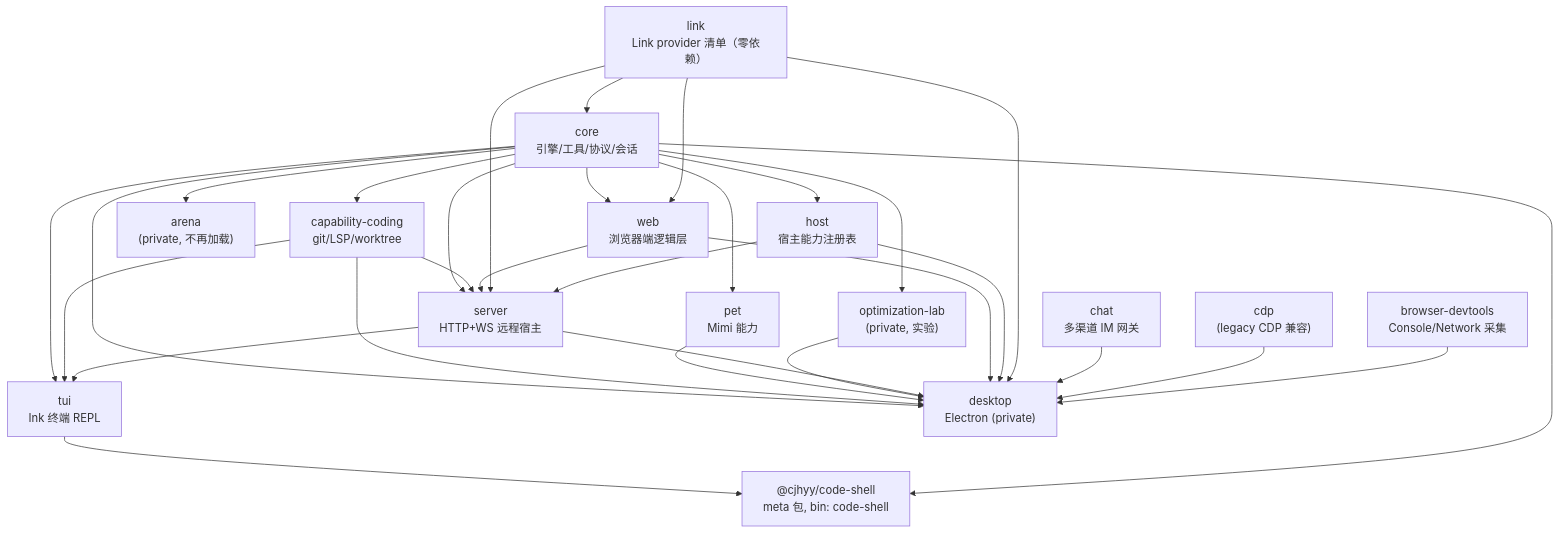
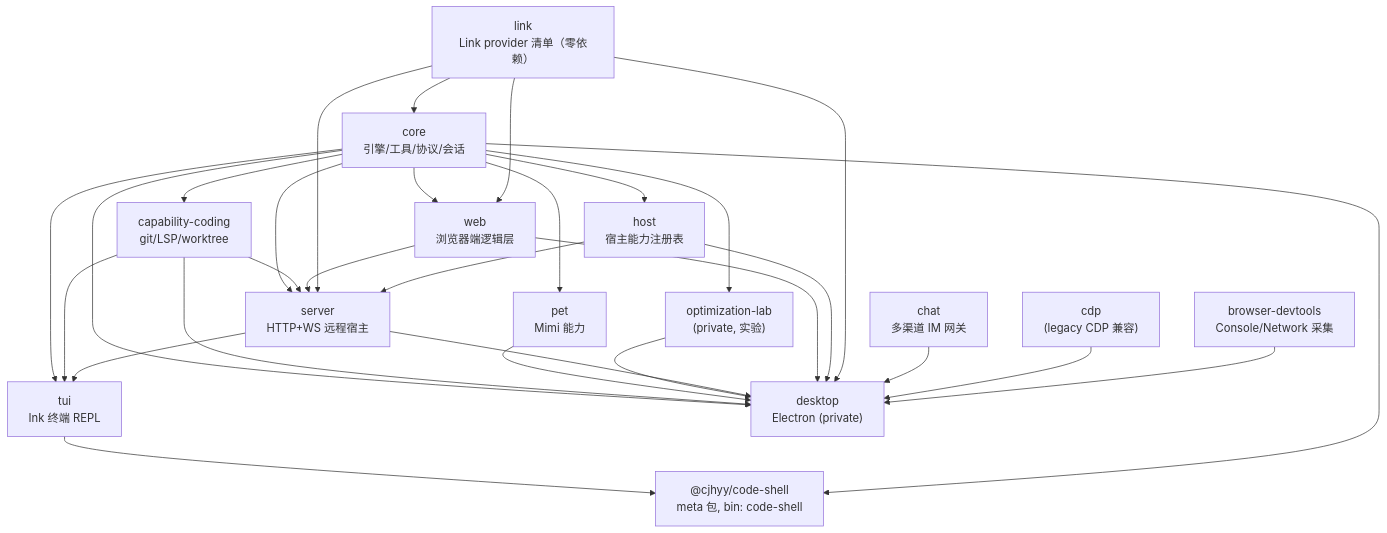
Before and after one commit to cjhyy/codeshell: the first of 2 diagrams in docs/architecture/00-overview.md, drawn with Mermaid. The commit also changed other lines of this file and 86 other files, not shown here.

Commit message:
chore(architecture): remove retired Arena workspace

````diff
--- a/docs/architecture/00-overview.md
+++ b/docs/architecture/00-overview.md
@@ -15,28 +16,27 @@
 ```mermaid
 graph TD
   link["link<br/>Link provider 清单（零依赖）"]
   core["core<br/>引擎/工具/协议/会话"]
   host["host<br/>宿主能力注册表"]
   coding["capability-coding<br/>git/LSP/worktree"]
   pet["pet<br/>Mimi 能力"]
   optlab["optimization-lab<br/>(private, 实验)"]
-  arena["arena<br/>(private, 不再加载)"]
   cdp["cdp<br/>(legacy CDP 兼容)"]
   bdt["browser-devtools<br/>Console/Network 采集"]
   web["web<br/>浏览器端逻辑层"]
   server["server<br/>HTTP+WS 远程宿主"]
   tui["tui<br/>Ink 终端 REPL"]
   chat["chat<br/>多渠道 IM 网关"]
   desktop["desktop<br/>Electron (private)"]
   meta["@cjhyy/code-shell<br/>meta 包, bin: code-shell"]
 
   link --> core
-  core --> host & coding & pet & optlab & arena
+  core --> host & coding & pet & optlab
   core --> web
   link --> web
   core & coding & web & link & host --> server
   core & coding & server --> tui
   core & coding & pet & optlab & server & web & host & link & chat & cdp & bdt --> desktop
   tui --> meta
   core --> meta
 ```
````
